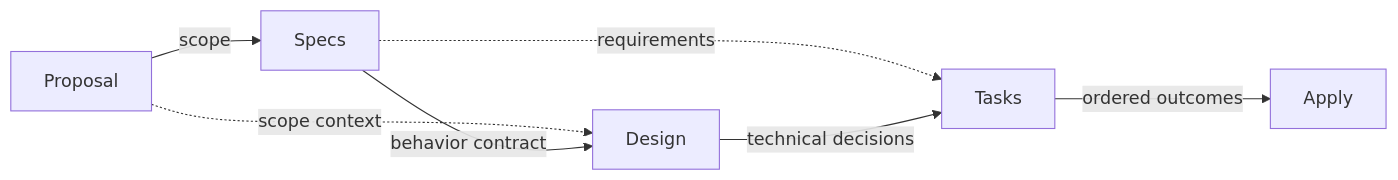
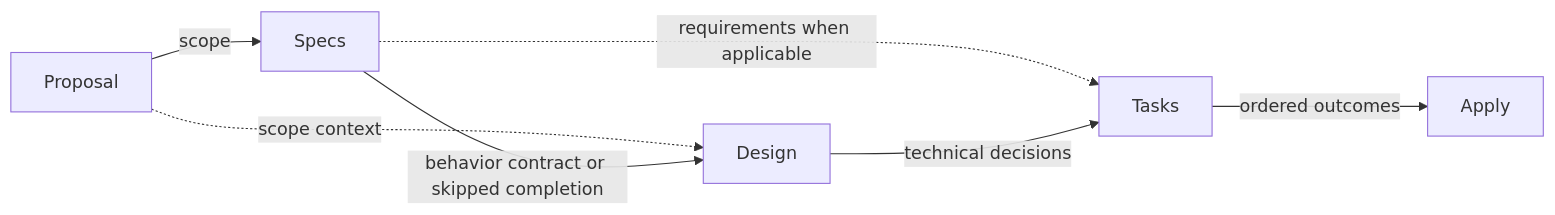
The diagram in openspec/schemas/spec-driven-tdd/docs/architecture.md (mols3131d/hmda-data-reliability), drawn with Mermaid before and after one commit. The commit also changed other lines of this file, not shown here.

Commit message:
chore(openspec): spec-free architecture 경계 반영

````diff
--- a/openspec/schemas/spec-driven-tdd/docs/architecture.md
+++ b/openspec/schemas/spec-driven-tdd/docs/architecture.md
@@ -9,9 +9,9 @@
 ```mermaid
 flowchart LR
     proposal["Proposal"] -->|scope| specs["Specs"]
     proposal -.->|scope context| design["Design"]
-    specs -->|behavior contract| design
-    specs -.->|requirements| tasks["Tasks"]
+    specs -->|behavior contract or skipped completion| design
+    specs -.->|requirements when applicable| tasks["Tasks"]
     design -->|technical decisions| tasks
     tasks -->|ordered outcomes| apply["Apply"]
 ```
````
